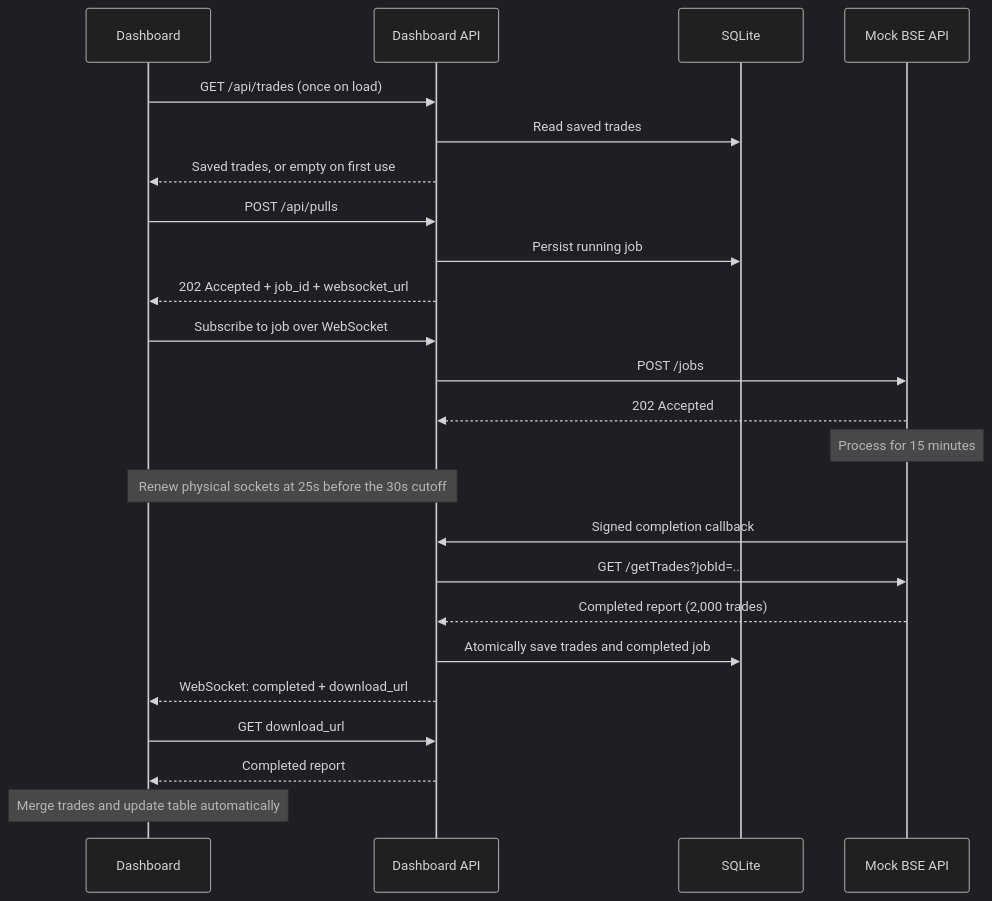
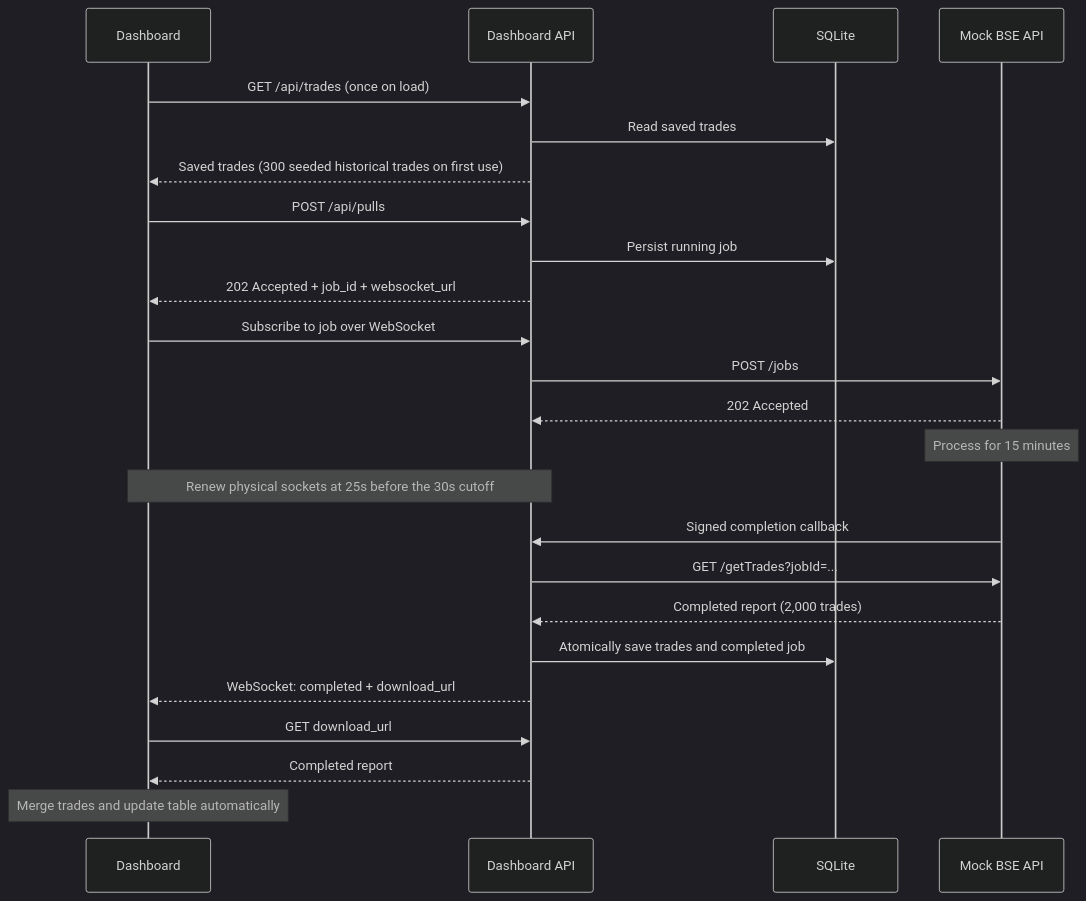
One commit to devops-victim/assessment changed the diagram in docs/ARCHITECTURE.md. Above: the diagram before and after it, drawn with Mermaid (dark theme). The commit also changed other lines of this file and 11 other files, not shown here.

Commit message:
feat: initialize dashboard with 300 seeded historical trades and update related documentation

````diff
--- a/docs/ARCHITECTURE.md
+++ b/docs/ARCHITECTURE.md
@@ -7,27 +7,27 @@
 ```mermaid
 sequenceDiagram
     participant UI as Dashboard
     participant API as Dashboard API
     participant DB as SQLite
     participant BSE as Mock BSE API
 
     UI->>API: GET /api/trades (once on load)
     API->>DB: Read saved trades
-    API-->>UI: Saved trades, or empty on first use
+    API-->>UI: Saved trades (300 seeded historical trades on first use)
     UI->>API: POST /api/pulls
     API->>DB: Persist running job
     API-->>UI: 202 Accepted + job_id + websocket_url
     UI->>API: Subscribe to job over WebSocket
     API->>BSE: POST /jobs
     BSE-->>API: 202 Accepted
     Note over BSE: Process for 15 minutes
     Note over UI,API: Renew physical sockets at 25s before the 30s cutoff
     BSE->>API: Signed completion callback
     API->>BSE: GET /getTrades?jobId=...
     BSE-->>API: Completed report (2,000 trades)
     API->>DB: Atomically save trades and completed job
     API-->>UI: WebSocket: completed + download_url
     UI->>API: GET download_url
     API-->>UI: Completed report
     Note over UI: Merge trades and update table automatically
 ```
````
